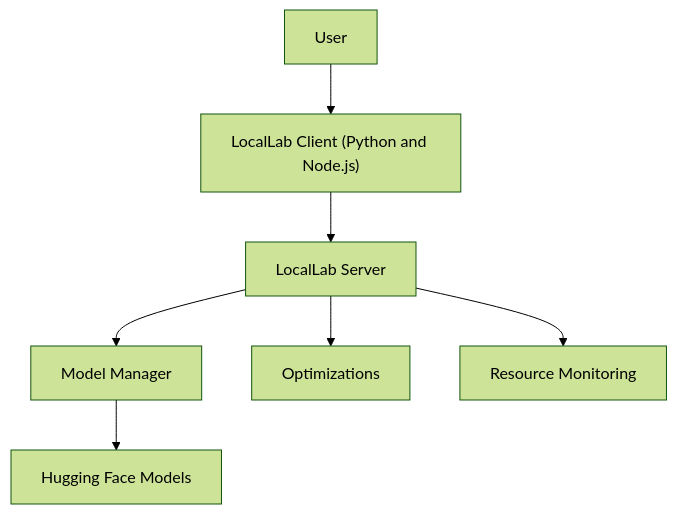
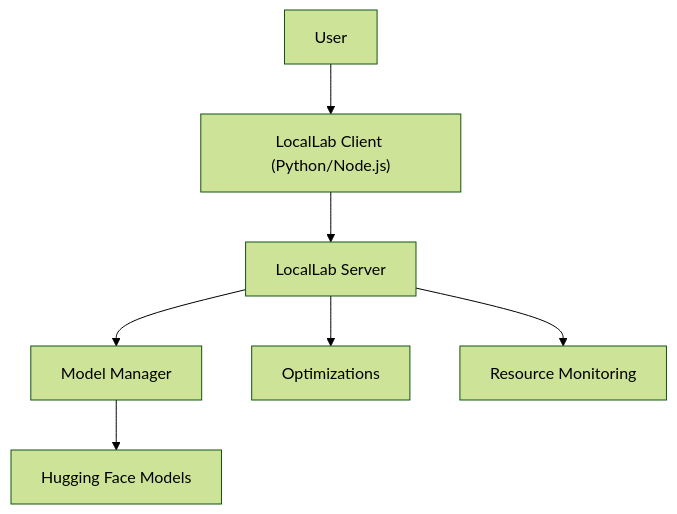
Before and after one commit to UtkarshTheDev/LocalLab: the diagram in docs/colab/README.md, drawn with Mermaid (forest theme). The commit also changed 7 other files, not shown here.

Commit message:
LocalLab Server Package v0.1.2 Released and Updated Docs

````diff
--- a/docs/colab/README.md
+++ b/docs/colab/README.md
@@ -41,9 +41,9 @@
 ```mermaid
 graph TD;
-    A[User] --> B["LocalLab Client (Python and Node.js)"];
+    A["User"] --> B["LocalLab Client (Python/Node.js)"];
     B --> C["LocalLab Server"];
     C --> D["Model Manager"];
     D --> E["Hugging Face Models"];
-    C --> F[Optimizations];
+    C --> F["Optimizations"];
     C --> G["Resource Monitoring"];
 ```
````
